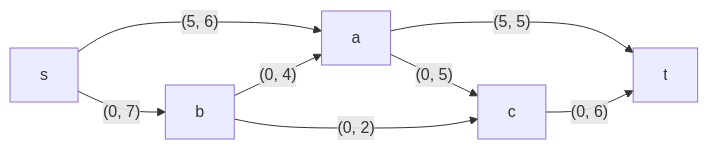
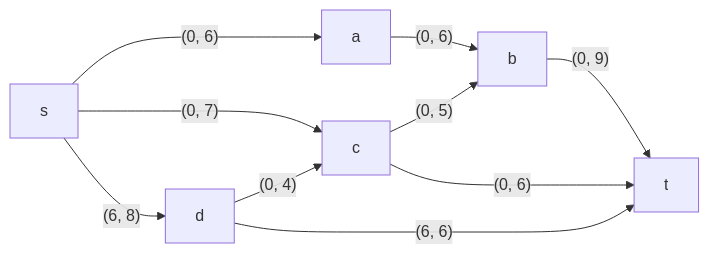
The fourth of 11 diagrams in task-9/pustobek.md (hse-algo-24-raven/manual-tasks-raven), drawn with Mermaid before and after one commit. The commit also changed other lines of this file, not shown here.

````diff
--- a/task-9/pustobek.md
+++ b/task-9/pustobek.md
@@ -57,10 +59,13 @@
 ```mermaid
 graph LR
-    s-->|"(5, 6)"|a
-    s-->|"(0, 7)"|b
-    b-->|"(0, 4)"|a
-    a-->|"(0, 5)"|c
-    a-->|"(5, 5)"|t
-    b-->|"(0, 2)"|c
+    s-->|"(0, 6)"|a
+    s-->|"(0, 7)"|c
+    s-->|"(6, 8)"|d
+    a-->|"(0, 6)"|b
+    c-->|"(0, 5)"|b
+    d-->|"(0, 4)"|c
     c-->|"(0, 6)"|t
+    d-->|"(6, 6)"|t
+    b-->|"(0, 9)"|t
+
 ```
````
